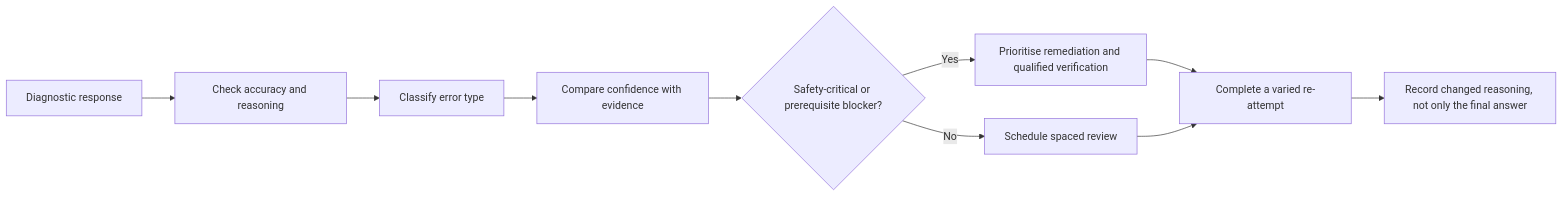
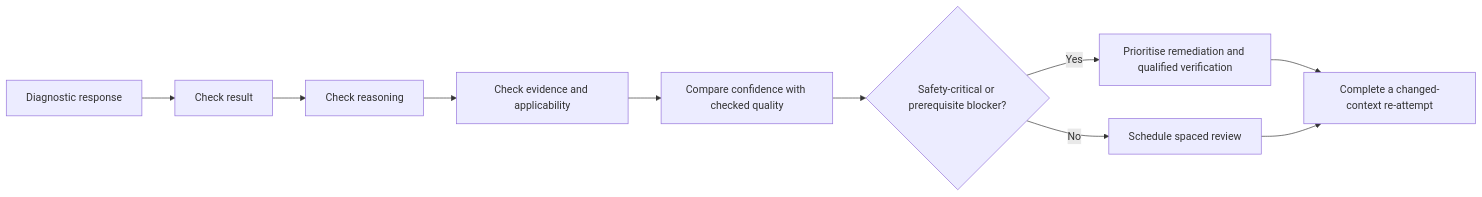
The second of 3 diagrams in docs/learning-plans/12-week/modules/day-01-program-orientation-baseline-diagnostic-and-authorised-source-map.md (andrew3stedall/capstone), drawn with Mermaid before and after one commit. The commit also changed other lines of this file and 2 other files, not shown here.

Commit message:
Quality pass Day 1 baseline and source map

````diff
--- a/docs/learning-plans/12-week/modules/day-01-program-orientation-baseline-diagnostic-and-authorised-source-map.md
+++ b/docs/learning-plans/12-week/modules/day-01-program-orientation-baseline-diagnostic-and-authorised-source-map.md
@@ -194,12 +215,12 @@
 ```mermaid
 flowchart LR
-    A["Diagnostic response"] --> B["Check accuracy and reasoning"]
-    B --> C["Classify error type"]
-    C --> D["Compare confidence with evidence"]
-    D --> E{"Safety-critical or prerequisite blocker?"}
-    E -->|"Yes"| F["Prioritise remediation and qualified verification"]
-    E -->|"No"| G["Schedule spaced review"]
-    F --> H["Complete a varied re-attempt"]
-    G --> H
-    H --> I["Record changed reasoning, not only the final answer"]
+    A["Diagnostic response"] --> B["Check result"]
+    B --> C["Check reasoning"]
+    C --> D["Check evidence and applicability"]
+    D --> E["Compare confidence with checked quality"]
+    E --> F{"Safety-critical or prerequisite blocker?"}
+    F -->|"Yes"| G["Prioritise remediation and qualified verification"]
+    F -->|"No"| H["Schedule spaced review"]
+    G --> I["Complete a changed-context re-attempt"]
+    H --> I
 ```
````
